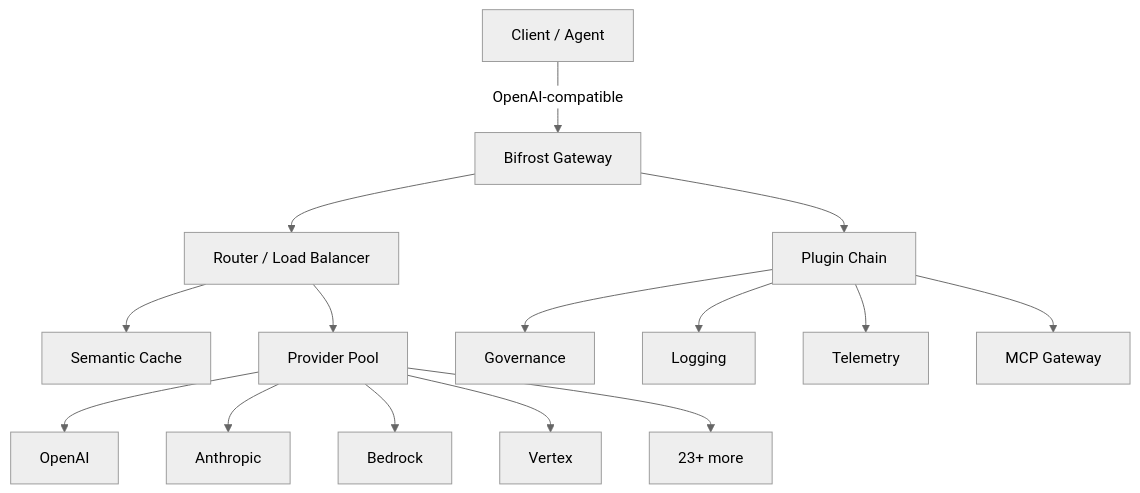
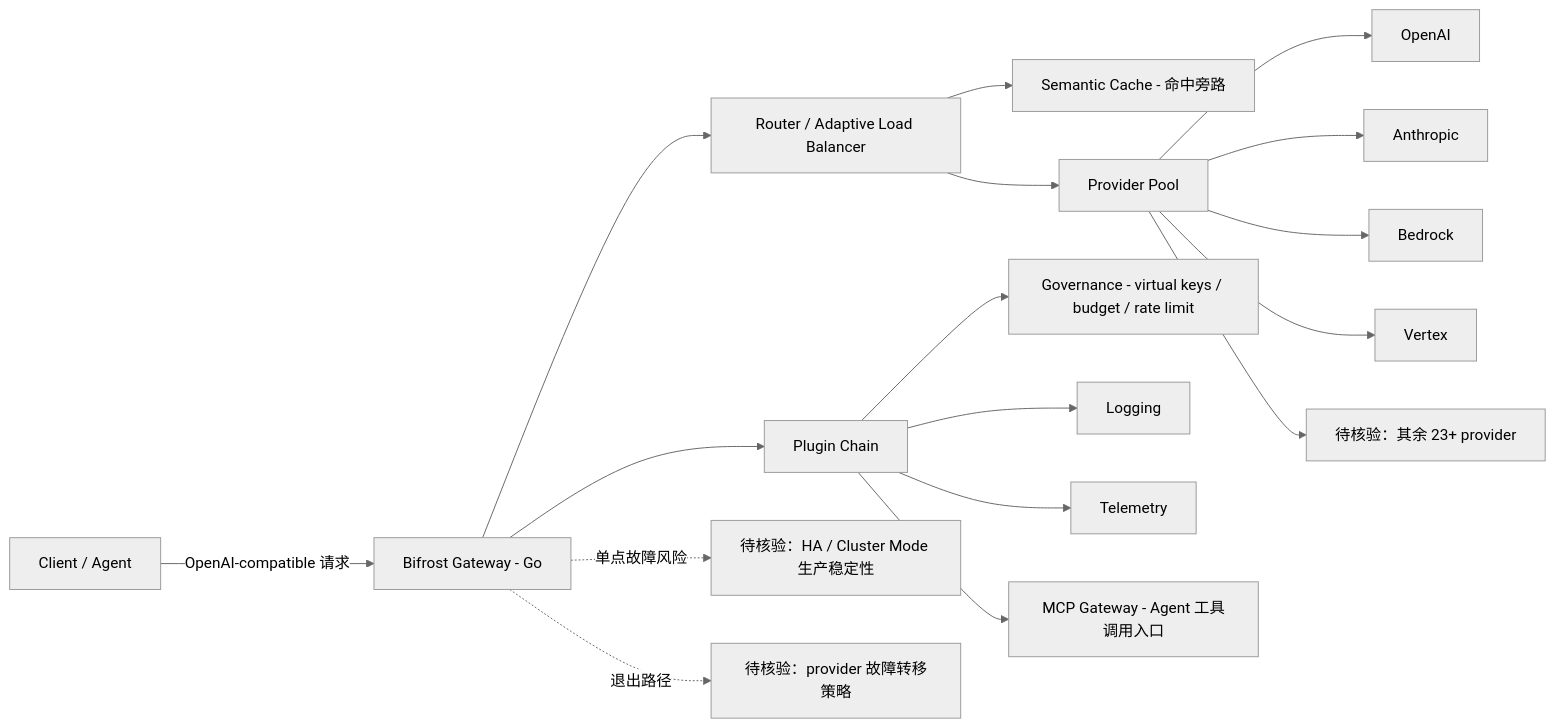
The diagram in projects/maximhq-bifrost.md (aiutil/github-researcher), drawn with Mermaid (neutral theme) before and after one commit. The commit also changed other lines of this file and 939 other files, not shown here.

Commit message:
feat: add architect briefs and Mermaid project maps

````diff
--- a/projects/maximhq-bifrost.md
+++ b/projects/maximhq-bifrost.md
@@ -49,18 +62,19 @@
 ```mermaid
-graph TD
-    A[Client / Agent] -->|OpenAI-compatible| B[Bifrost Gateway]
-    B --> C[Router / Load Balancer]
-    C --> D[Semantic Cache]
-    C --> E[Provider Pool]
-    E --> F[OpenAI]
-    E --> G[Anthropic]
-    E --> H[Bedrock]
-    E --> I[Vertex]
-    E --> J[23+ more]
-
-    B --> K[Plugin Chain]
-    K --> L[Governance]
-    K --> M[Logging]
-    K --> N[Telemetry]
-    K --> O[MCP Gateway]
+flowchart LR
+    Client[Client / Agent] -->|OpenAI-compatible 请求| Gateway[Bifrost Gateway - Go]
+    Gateway --> Router[Router / Adaptive Load Balancer]
+    Router --> Cache[Semantic Cache - 命中旁路]
+    Router --> Pool[Provider Pool]
+    Pool --> P1[OpenAI]
+    Pool --> P2[Anthropic]
+    Pool --> P3[Bedrock]
+    Pool --> P4[Vertex]
+    Pool --> Pmore["待核验：其余 23+ provider"]
+    Gateway --> Plugins[Plugin Chain]
+    Plugins --> Gov[Governance - virtual keys / budget / rate limit]
+    Plugins --> Log[Logging]
+    Plugins --> Tel[Telemetry]
+    Plugins --> MCP[MCP Gateway - Agent 工具调用入口]
+    Gateway -. 单点故障风险 .-> Risk["待核验：HA / Cluster Mode 生产稳定性"]
+    Gateway -. 退出路径 .-> Fallback["待核验：provider 故障转移策略"]
 ```
````
